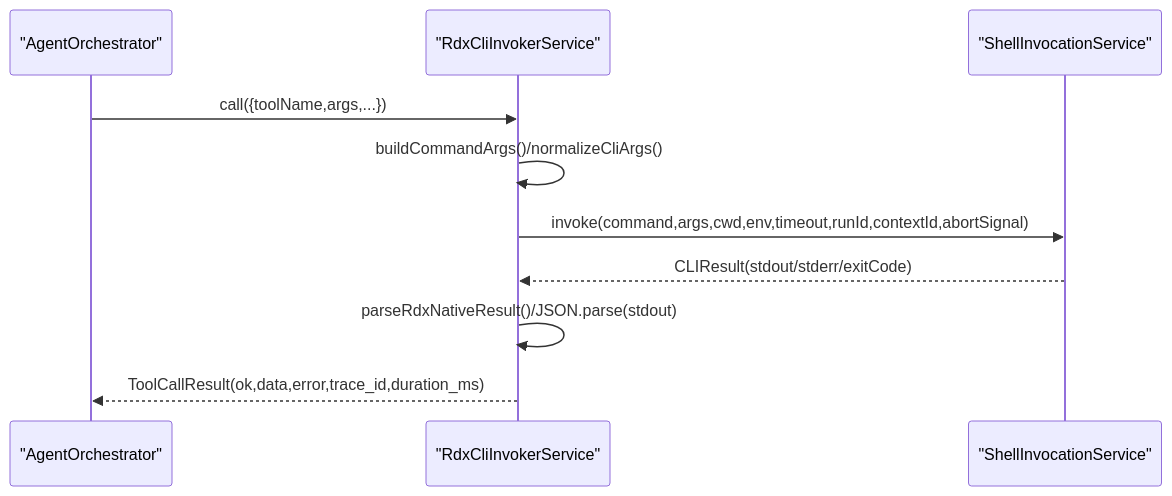
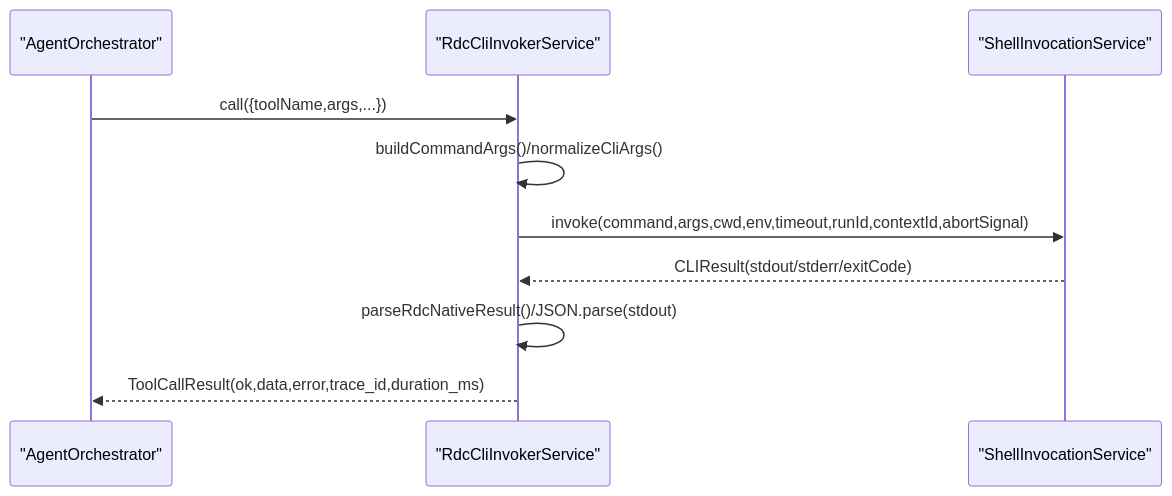
One commit to haolange/RDC-Agent changed the fifth of 8 diagrams in .qoder/repowiki/zh/content/架构设计/核心组件设计/核心组件设计.md. Above: the diagram before and after it, drawn with Mermaid. The commit also changed other lines of this file and 557 other files, not shown here.

````diff
--- a/.qoder/repowiki/zh/content/架构设计/核心组件设计/核心组件设计.md
+++ b/.qoder/repowiki/zh/content/架构设计/核心组件设计/核心组件设计.md
@@ -197,12 +197,12 @@
 ```mermaid
 sequenceDiagram
 participant AO as "AgentOrchestrator"
-participant RC as "RdxCliInvokerService"
+participant RC as "RdcCliInvokerService"
 participant SI as "ShellInvocationService"
 AO->>RC : call({toolName,args,...})
 RC->>RC : buildCommandArgs()/normalizeCliArgs()
 RC->>SI : invoke(command,args,cwd,env,timeout,runId,contextId,abortSignal)
 SI-->>RC : CLIResult(stdout/stderr/exitCode)
-RC->>RC : parseRdxNativeResult()/JSON.parse(stdout)
+RC->>RC : parseRdcNativeResult()/JSON.parse(stdout)
 RC-->>AO : ToolCallResult(ok,data,error,trace_id,duration_ms)
 ```
````
